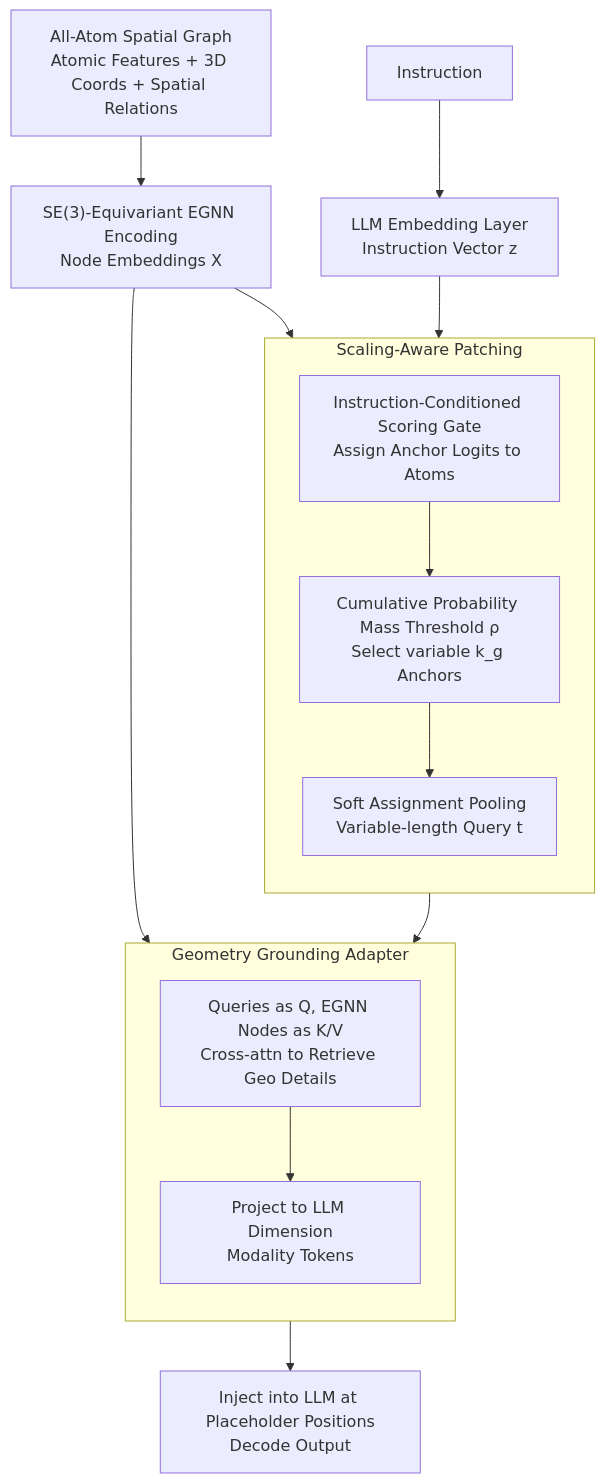
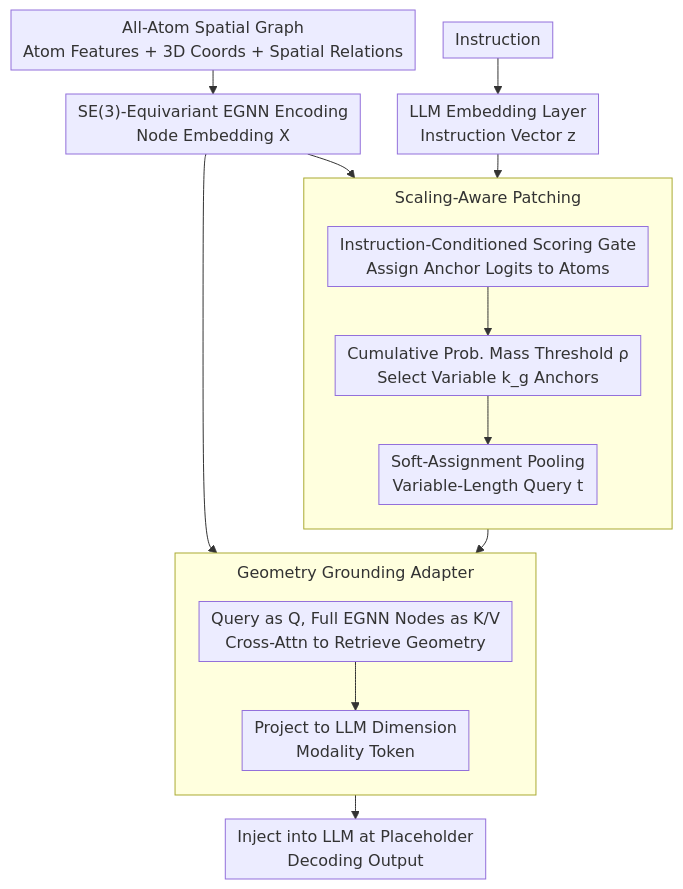
The diagram in docs/ICML2026/llm_reasoning/scaling-aware_adapter_for_structure-grounded_llm_reasoning.md (zhaoyang97/Paper-Notes-en), drawn with Mermaid before and after one commit. The commit also changed other lines of this file and 5084 other files, not shown here.

````diff
--- a/docs/ICML2026/llm_reasoning/scaling-aware_adapter_for_structure-grounded_llm_reasoning.md
+++ b/docs/ICML2026/llm_reasoning/scaling-aware_adapter_for_structure-grounded_llm_reasoning.md
@@ -46,19 +46,20 @@
 ```mermaid
-graph TD
-    A["All-Atom Spatial Graph<br/>Atomic Features + 3D Coords + Spatial Relations"] --> B["SE(3)-Equivariant EGNN Encoding<br/>Node Embeddings X"]
+%%{init: {'flowchart': {'rankSpacing': 24, 'nodeSpacing': 28, 'padding': 6, 'wrappingWidth': 400, 'subGraphTitleMargin': {'top': 8, 'bottom': 16}}}}%%
+flowchart TD
+    A["All-Atom Spatial Graph<br/>Atom Features + 3D Coords + Spatial Relations"] --> B["SE(3)-Equivariant EGNN Encoding<br/>Node Embedding X"]
     I["Instruction"] --> Z["LLM Embedding Layer<br/>Instruction Vector z"]
     subgraph SAP["Scaling-Aware Patching"]
         direction TB
-        C["Instruction-Conditioned Scoring Gate<br/>Assign Anchor Logits to Atoms"] --> D["Cumulative Probability Mass Threshold ρ<br/>Select variable k_g Anchors"]
-        D --> E["Soft Assignment Pooling<br/>Variable-length Query t"]
+        C["Instruction-Conditioned Scoring Gate<br/>Assign Anchor Logits to Atoms"] --> D["Cumulative Prob. Mass Threshold ρ<br/>Select Variable k_g Anchors"]
+        D --> E["Soft-Assignment Pooling<br/>Variable-Length Query t"]
     end
     B --> C
     Z --> C
     subgraph GGA["Geometry Grounding Adapter"]
         direction TB
-        F["Queries as Q, EGNN Nodes as K/V<br/>Cross-attn to Retrieve Geo Details"] --> G["Project to LLM Dimension<br/>Modality Tokens"]
+        F["Query as Q, Full EGNN Nodes as K/V<br/>Cross-Attn to Retrieve Geometry"] --> G["Project to LLM Dimension<br/>Modality Token"]
     end
     E --> F
     B --> F
-    G --> H["Inject into LLM at Placeholder Positions<br/>Decode Output"]
+    G --> H["Inject into LLM at Placeholder<br/>Decoding Output"]
 ```
````
